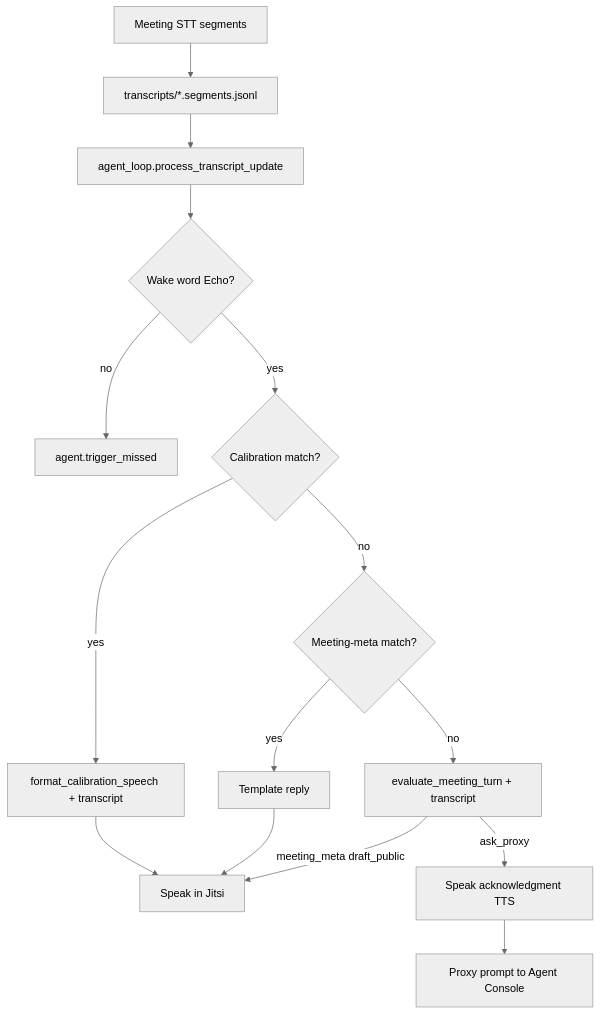
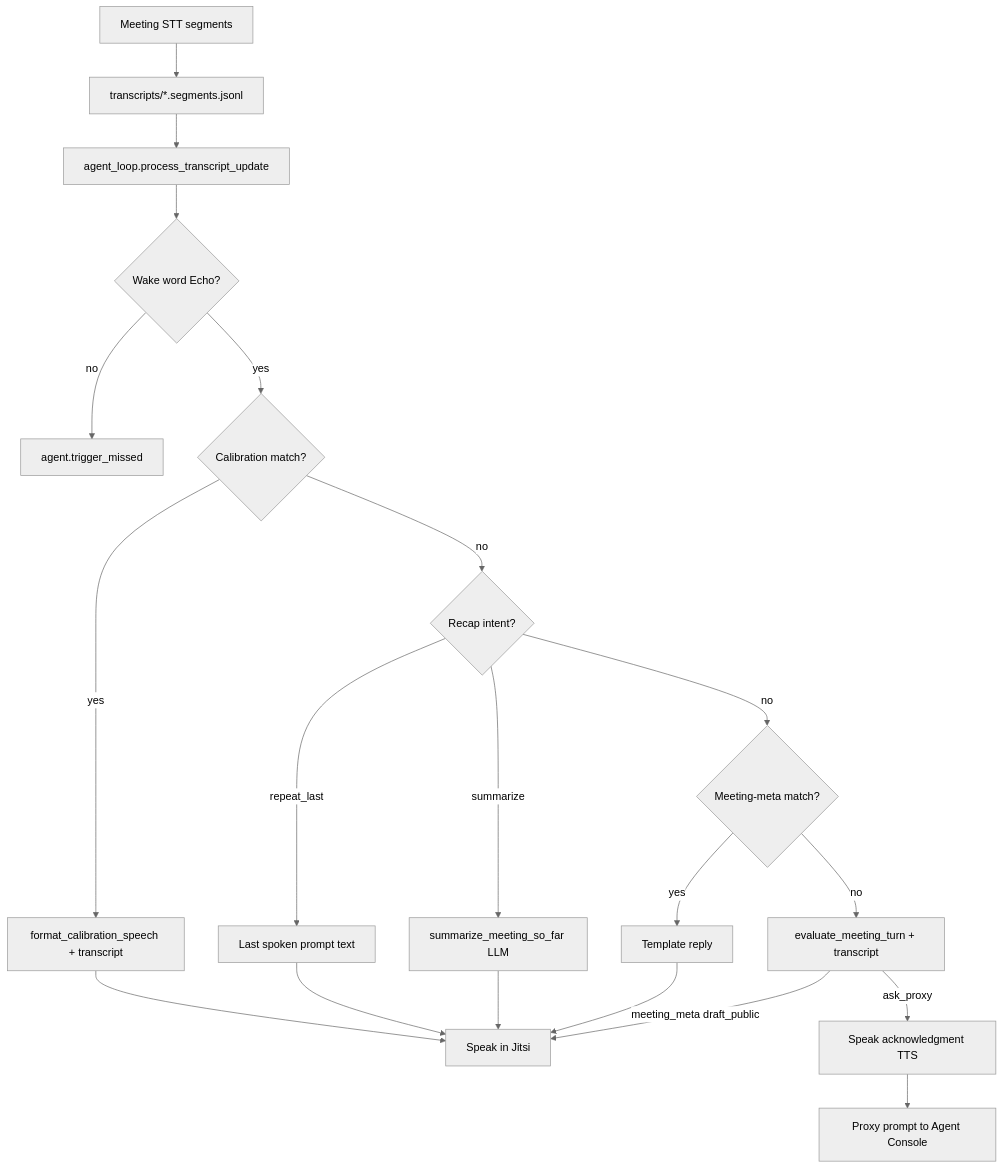
Before and after one commit to PeteAndrews/agentic-meeting: the diagram in docs/phase-8-echo-conversational-agent.md, drawn with Mermaid (neutral theme). The commit also changed other lines of this file and 11 other files, not shown here.

First line of the commit message:
Add meeting recap, fix LLM polish for reasoning models, and expand STT wake aliases.

````diff
--- a/docs/phase-8-echo-conversational-agent.md
+++ b/docs/phase-8-echo-conversational-agent.md
@@ -19,17 +19,22 @@
 ```mermaid
 flowchart TD
   STT[Meeting STT segments] --> TranscriptJSONL[transcripts/*.segments.jsonl]
   TranscriptJSONL --> AgentLoop[agent_loop.process_transcript_update]
   AgentLoop --> Trigger{Wake word Echo?}
   Trigger -->|no| Miss[agent.trigger_missed]
   Trigger -->|yes| CalMatch{Calibration match?}
   CalMatch -->|yes| CalSpeech[format_calibration_speech + transcript]
   CalSpeech --> TTS[Speak in Jitsi]
-  CalMatch -->|no| MetaMatch{Meeting-meta match?}
+  CalMatch -->|no| RecapMatch{Recap intent?}
+  RecapMatch -->|repeat_last| LastUtterance[Last spoken prompt text]
+  LastUtterance --> TTS
+  RecapMatch -->|summarize| Summary[summarize_meeting_so_far LLM]
+  Summary --> TTS
+  RecapMatch -->|no| MetaMatch{Meeting-meta match?}
   MetaMatch -->|yes| MetaSpeech[Template reply]
   MetaSpeech --> TTS
   MetaMatch -->|no| LLM[evaluate_meeting_turn + transcript]
   LLM -->|meeting_meta draft_public| TTS
   LLM -->|ask_proxy| Ack[Speak acknowledgment TTS]
   Ack --> Console[Proxy prompt to Agent Console]
 ```
````
